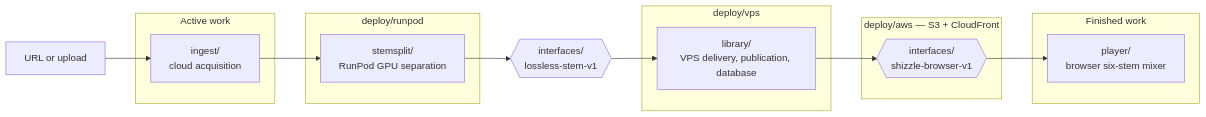
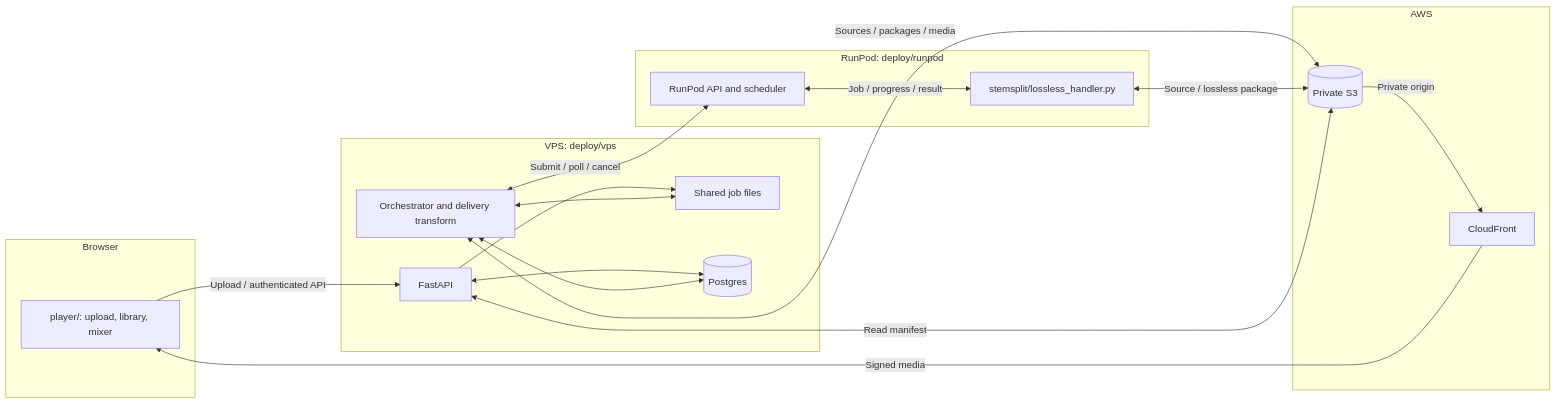
Before and after one commit to mdc159/shizzle: the diagram in README.md, drawn with Mermaid. The commit also changed other lines of this file and 46 other files, not shown here.

````diff
--- a/README.md
+++ b/README.md
@@ -14,28 +38,32 @@
 ```mermaid
 flowchart LR
-    U["URL or upload"] --> A["ingest/<br/>cloud acquisition"]
-    A --> B["stemsplit/<br/>RunPod GPU separation"]
-    B --> I1{{"interfaces/<br/>lossless-stem-v1"}}
-    I1 --> C["library/<br/>VPS delivery, publication, database"]
-    C --> I2{{"interfaces/<br/>shizzle-browser-v1"}}
-    I2 --> D["player/<br/>browser six-stem mixer"]
-
-    subgraph RUNPOD["deploy/runpod"]
-        B
+    subgraph Browser["Browser"]
+        UI["player/: upload, library, mixer"]
     end
-    subgraph VPS["deploy/vps"]
-        C
+    subgraph VPS["VPS: deploy/vps"]
+        API["FastAPI"]
+        Disk["Shared job files"]
+        DB[("Postgres")]
+        ORC["Orchestrator and delivery transform"]
     end
-    subgraph AWS["deploy/aws — S3 + CloudFront"]
-        I2
+    subgraph GPU["RunPod: deploy/runpod"]
+        RunPodAPI["RunPod API and scheduler"]
+        Worker["stemsplit/lossless_handler.py"]
     end
-
-    subgraph ACTIVE["Active work"]
-        A
-        B
+    subgraph AWS["AWS"]
+        S3[("Private S3")]
+        CF["CloudFront"]
     end
-    subgraph FINISHED["Finished work"]
-        C
-        D
-    end
+    UI -->|"Upload / authenticated API"| API
+    API --> Disk
+    API <--> DB
+    ORC <--> DB
+    ORC <--> Disk
+    ORC <-->|"Sources / packages / media"| S3
+    ORC <-->|"Submit / poll / cancel"| RunPodAPI
+    RunPodAPI <-->|"Job / progress / result"| Worker
+    Worker <-->|"Source / lossless package"| S3
+    API <-->|"Read manifest"| S3
+    S3 -->|"Private origin"| CF
+    CF -->|"Signed media"| UI
 ```
````
